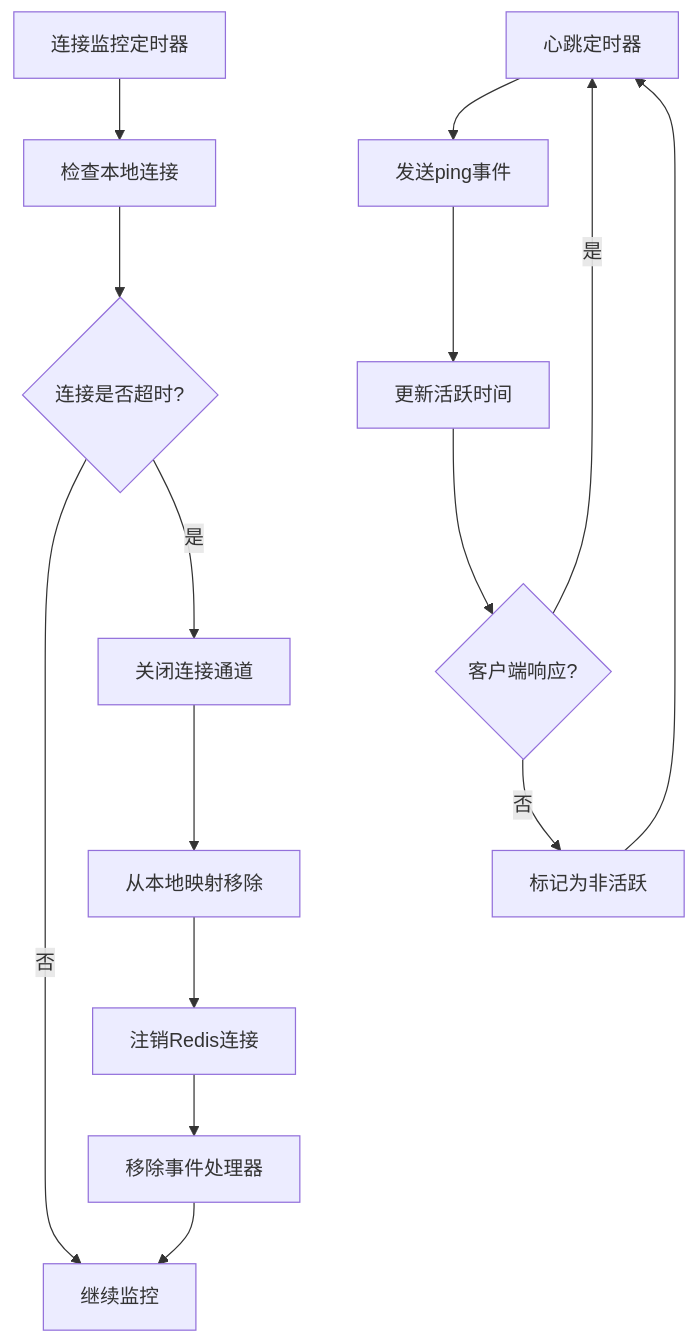
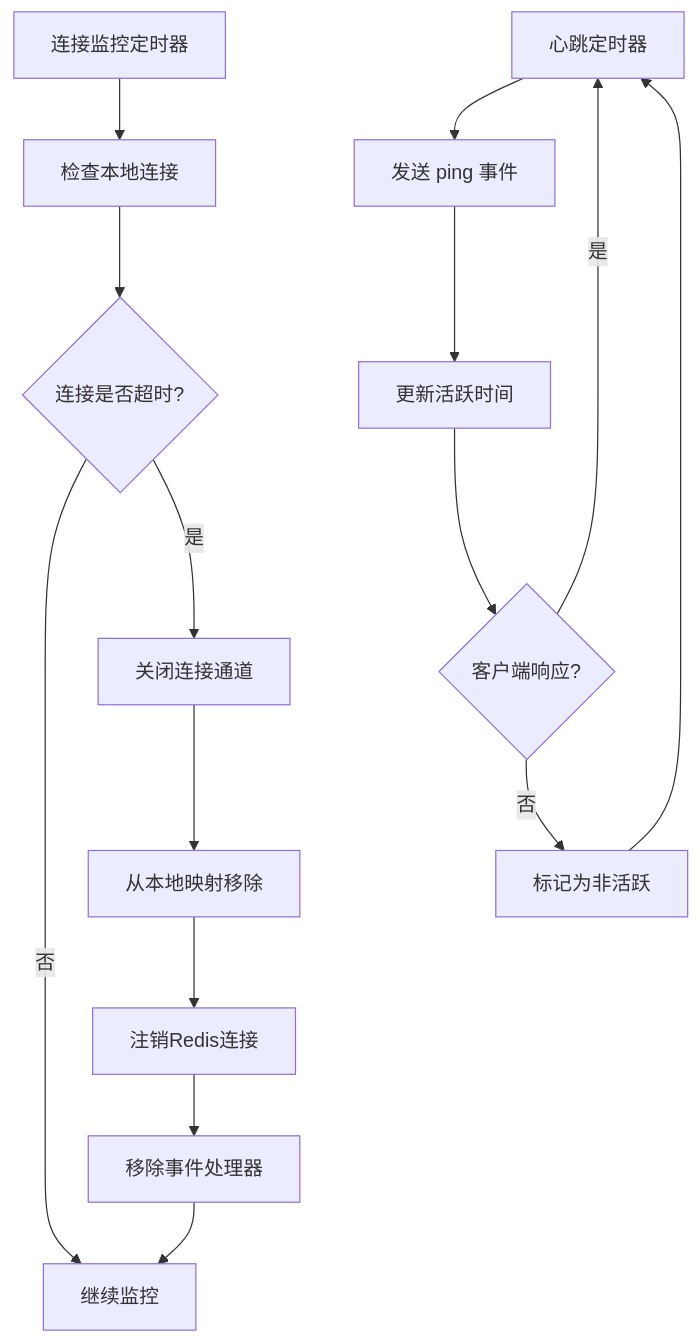
The fifth of 5 diagrams in docs/sse-technical-documentation.md (PGshen/thinking-map), drawn with Mermaid before and after one commit. The commit also changed other lines of this file and 9 other files, not shown here.

````diff
--- a/docs/sse-technical-documentation.md
+++ b/docs/sse-technical-documentation.md
@@ -197,18 +216,18 @@
 ```mermaid
 flowchart TD
     A["连接监控定时器"] --> B["检查本地连接"]
     B --> C{"连接是否超时?"}
     C -->|否| D["继续监控"]
     C -->|是| E["关闭连接通道"]
     E --> F["从本地映射移除"]
     F --> G["注销Redis连接"]
     G --> H["移除事件处理器"]
     H --> D
     
-    I["心跳定时器"] --> J["发送ping事件"]
+    I["心跳定时器"] --> J["发送 ping 事件"]
     J --> K["更新活跃时间"]
     K --> L{"客户端响应?"}
     L -->|是| I
     L -->|否| M["标记为非活跃"]
     M --> I
 ```
````
